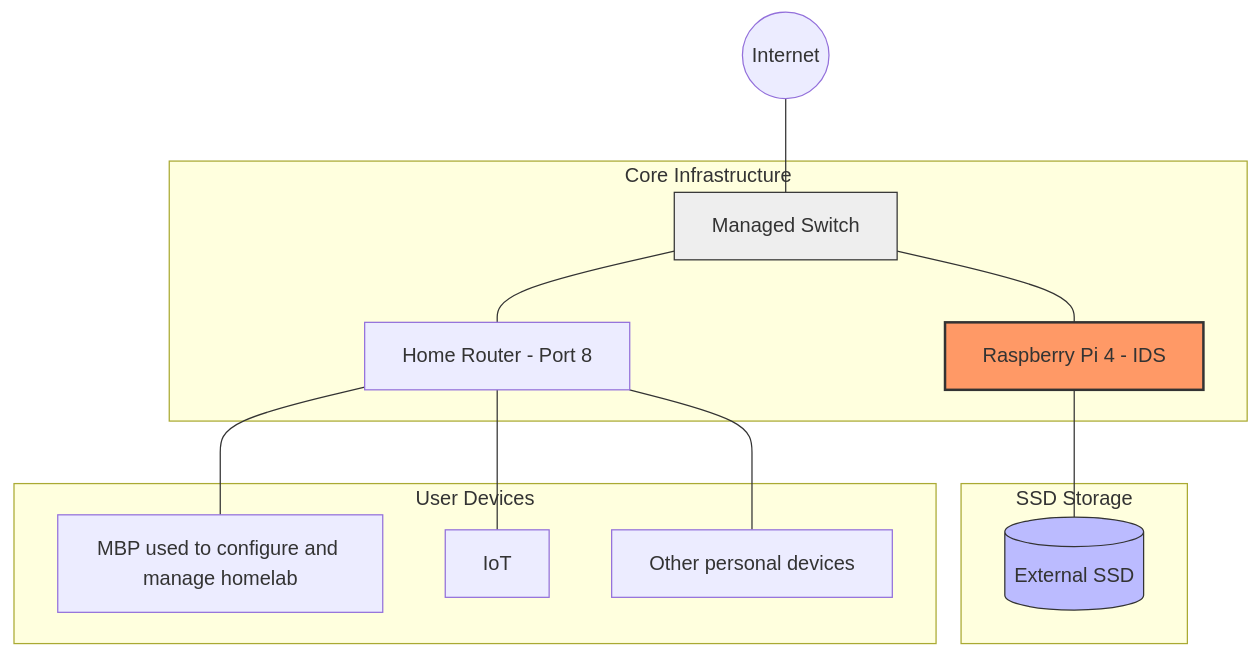
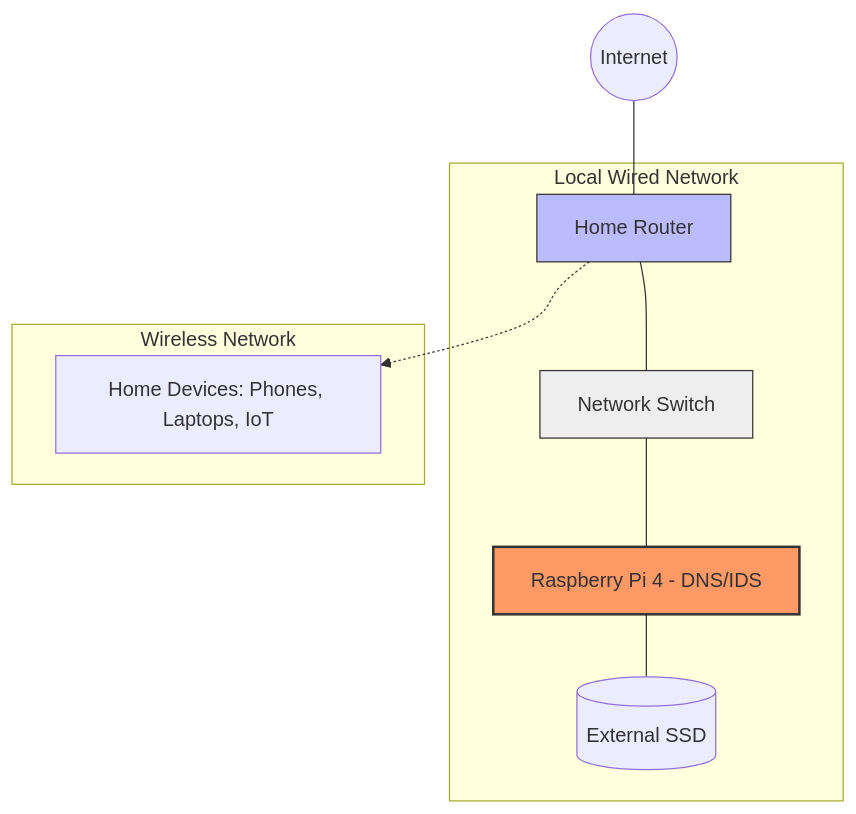
Before and after one commit to JCG333/Blueberry-Pi-IDS: the diagram in README.md, drawn with Mermaid.

Commit message:
Updated network topology in README.md

````diff
--- a/README.md
+++ b/README.md
@@ -21,23 +21,18 @@
 ```mermaid
 graph TD
-    Internet((Internet)) --- Switch[Managed Switch]
+    Internet((Internet)) --- Router[Home Router]
     
-    subgraph Core Infrastructure
-        Switch --- Pi[Raspberry Pi 4 - IDS]
-        Switch --- Router[Home Router - Port 8]
-    end
-
-    subgraph SSD Storage
+    subgraph Local Wired Network
+        Router --- Switch[Network Switch]
+        Switch --- Pi[Raspberry Pi 4 - DNS/IDS]
         Pi --- SSD[(External SSD)]
     end
 
-    subgraph User Devices
-        Router --- Laptop[MBP used to configure and manage homelab]
-        Router --- IoT
-        Router --- Other[Other personal devices]
+    subgraph Wireless Network
+        Router -.-> WiFi[Home Devices: Phones, Laptops, IoT]
     end
 
     style Pi fill:#f96,stroke:#333,stroke-width:2px
-    style SSD fill:#bbf,stroke:#333
+    style Router fill:#bbf,stroke:#333
     style Switch fill:#eee,stroke:#333
 ```
````
